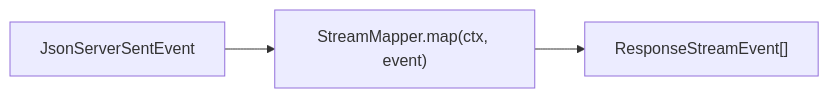
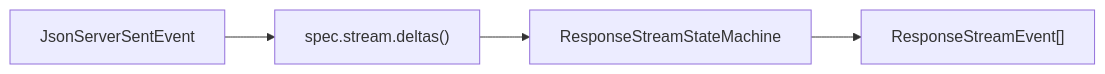
The second of 3 diagrams in wiki/05-streaming-pipeline/transformers.md (zamelee/GodeX), drawn with Mermaid before and after one commit. The commit also changed other lines of this file and 46 other files, not shown here.

````diff
--- a/wiki/05-streaming-pipeline/transformers.md
+++ b/wiki/05-streaming-pipeline/transformers.md
@@ -15,8 +30,9 @@
 ```mermaid
 flowchart LR
   INPUT["JsonServerSentEvent"]
-  MAP["StreamMapper.map(ctx, event)"]
+  DELTAS["spec.stream.deltas()"]
+  MACHINE["ResponseStreamStateMachine"]
   OUTPUT["ResponseStreamEvent[]"]
 
-  INPUT --> MAP --> OUTPUT
+  INPUT --> DELTAS --> MACHINE --> OUTPUT
 ```
````
